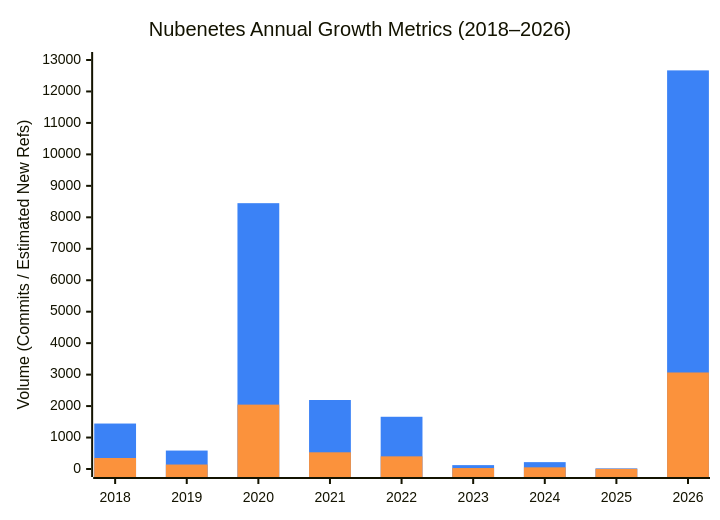
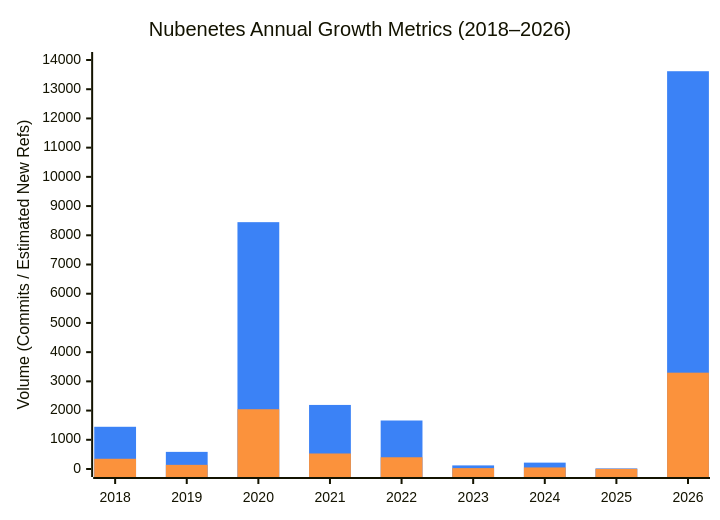
Before and after one commit to sec-js/awesome-kubernetes: the first of 14 diagrams in README.md, drawn with Mermaid. The commit also changed other lines of this file and 159 other files, not shown here.

````diff
--- a/README.md
+++ b/README.md
@@ -187,15 +187,15 @@
 ```mermaid
 ---
 config:
   themeVariables:
     xyChart:
       plotColorPalette: '#3b82f6, #fb923c'
   theme: mc
 ---
 xychart-beta
     title "Nubenetes Annual Growth Metrics (2018–2026)"
     x-axis ["2018", "2019", "2020", "2021", "2022", "2023", "2024", "2025", "2026"]
-    y-axis "Volume (Commits / Estimated New Refs)" 0 --> 13000
-    bar [1445, 586, 8449, 2193, 1660, 123, 218, 20, 12670]
-    bar [350, 142, 2046, 531, 402, 30, 53, 5, 3068]
+    y-axis "Volume (Commits / Estimated New Refs)" 0 --> 14000
+    bar [1445, 586, 8449, 2193, 1660, 123, 218, 20, 13616]
+    bar [350, 142, 2046, 531, 402, 30, 53, 5, 3297]
 ```
````
